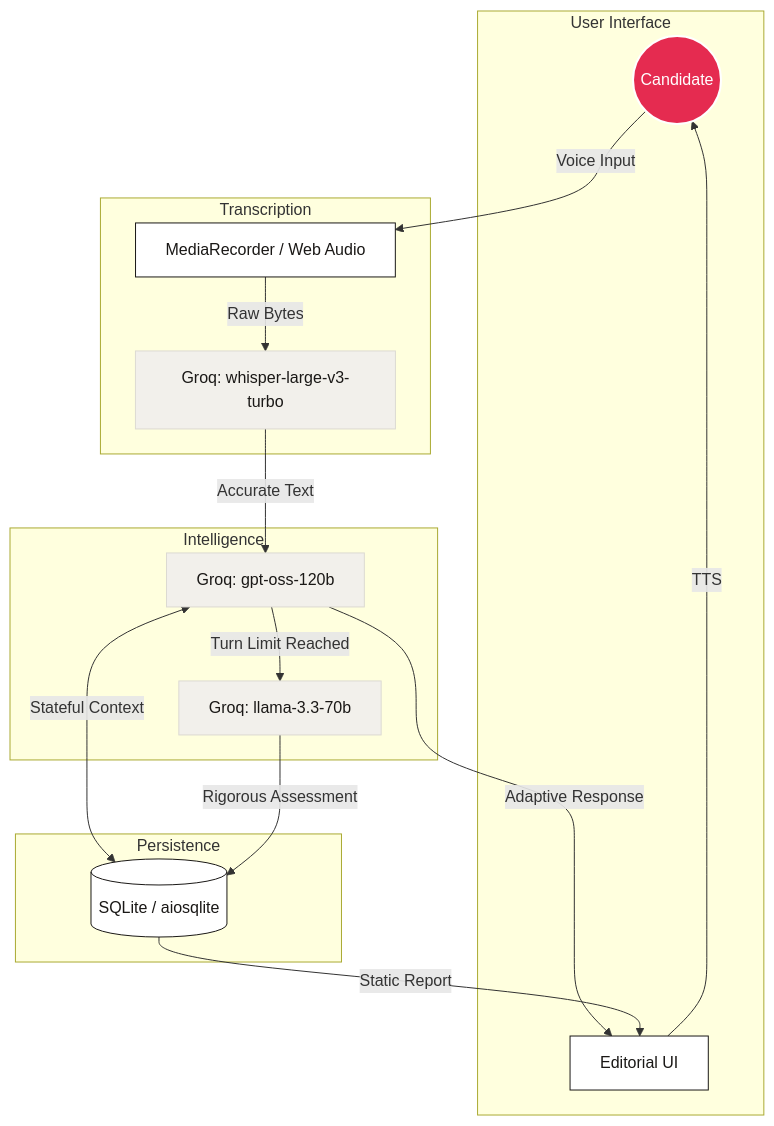
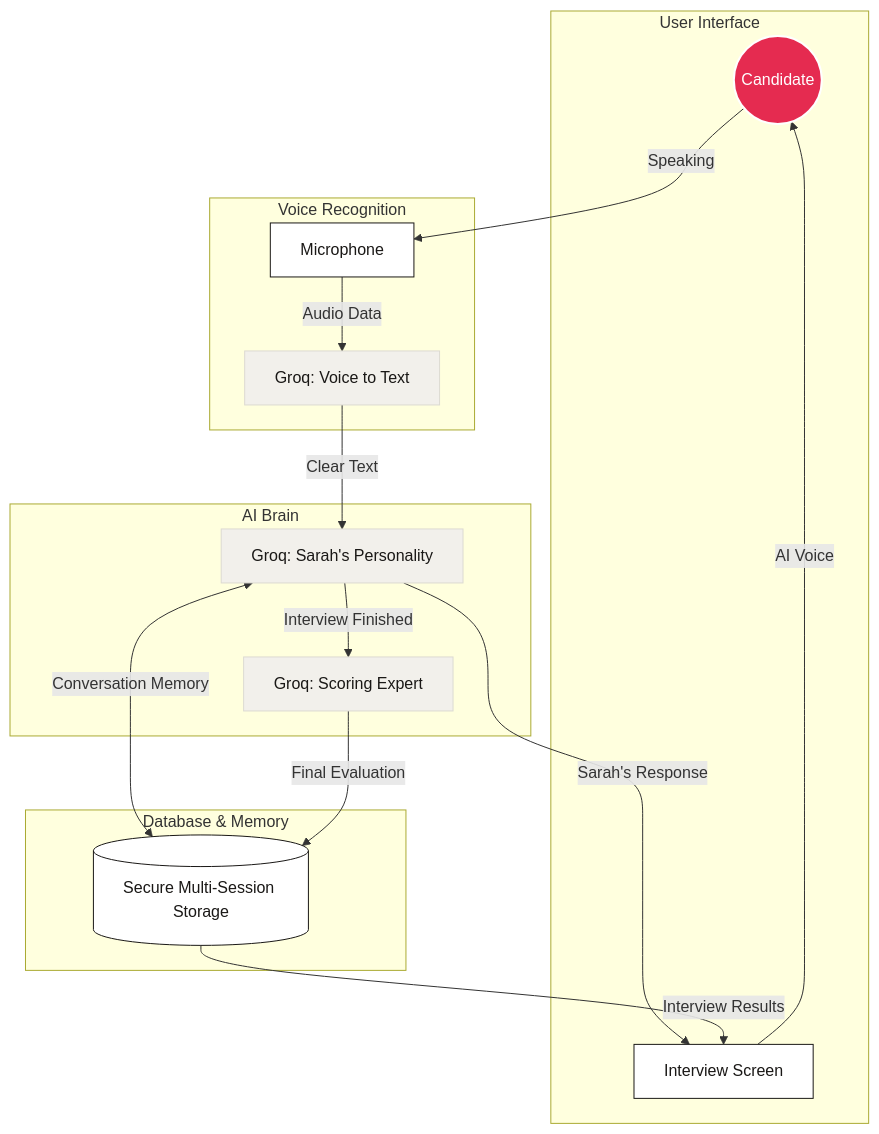
One commit to farhanrhine/ai-tutor-screener changed the diagram in README.md. Above: the diagram before and after it, drawn with Mermaid.

Commit message:
docs: use approachable vocabulary in architecture diagram

````diff
--- a/README.md
+++ b/README.md
@@ -22,41 +22,41 @@
 ```mermaid
 graph TD
     %% Styling
     classDef candidate fill:#E52b50,stroke:#fff,stroke-width:2px,color:#fff
     classDef sarah fill:#222,stroke:#E52b50,stroke-width:2px,color:#fff
     classDef groq fill:#f2f0eb,stroke:#dcdad2,stroke-width:1px,color:#1a1816
     classDef logic fill:#fff,stroke:#1a1816,stroke-width:1px,color:#1a1816
 
     subgraph Frontend [User Interface]
         User((Candidate)):::candidate
-        UI[Editorial UI]:::logic
+        UI[Interview Screen]:::logic
     end
 
-    subgraph STT [Transcription]
-        Audio[MediaRecorder / Web Audio]:::logic
-        Whisper[Groq: whisper-large-v3-turbo]:::groq
+    subgraph STT [Voice Recognition]
+        Audio[Microphone]:::logic
+        Whisper[Groq: Voice to Text]:::groq
     end
 
-    subgraph Brain [Intelligence]
-        GPT[Groq: gpt-oss-120b]:::groq
-        Llama[Groq: llama-3.3-70b]:::groq
+    subgraph Brain [AI Brain]
+        GPT[Groq: Sarah's Personality]:::groq
+        Llama[Groq: Scoring Expert]:::groq
     end
 
-    subgraph Storage [Persistence]
-        DB[(SQLite / aiosqlite)]:::logic
+    subgraph Storage [Database & Memory]
+        DB[(Secure Multi-Session Storage)]:::logic
     end
 
     %% Flow
-    User -->|Voice Input| Audio
-    Audio -->|Raw Bytes| Whisper
-    Whisper -->|Accurate Text| GPT
+    User -->|Speaking| Audio
+    Audio -->|Audio Data| Whisper
+    Whisper -->|Clear Text| GPT
     
-    GPT <-->|Stateful Context| DB
-    GPT -->|Adaptive Response| UI
-    UI -->|TTS| User
+    GPT <-->|Conversation Memory| DB
+    GPT -->|Sarah's Response| UI
+    UI -->|AI Voice| User
 
     %% Assessment Trigger
-    GPT -->|Turn Limit Reached| Llama
-    Llama -->|Rigorous Assessment| DB
-    DB -->|Static Report| UI
+    GPT -->|Interview Finished| Llama
+    Llama -->|Final Evaluation| DB
+    DB -->|Interview Results| UI
 ```
````
